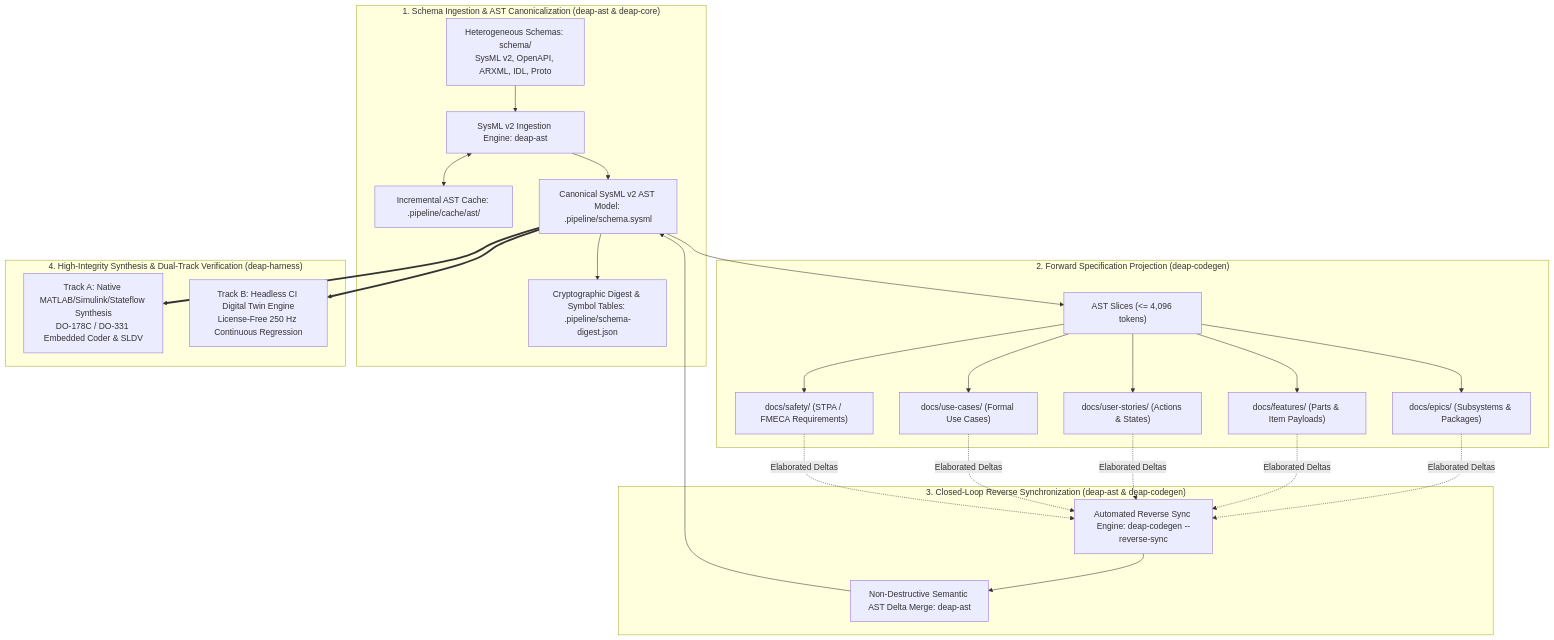
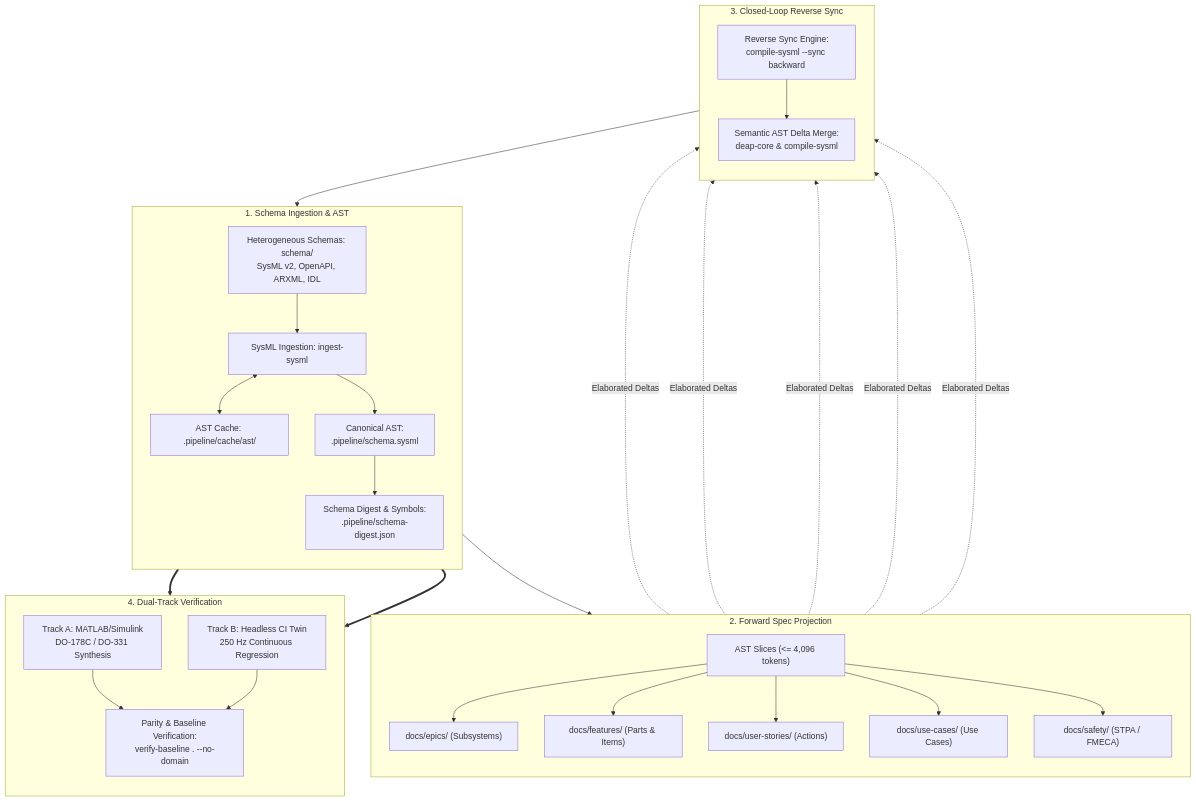
The first of 2 diagrams in docs/architecture/blueprints/SYSML_SSOT_BIDIRECTIONAL_SYNCHRONIZATION_ARCHITECTURE.md (gintatkinson/DEAP01-spec-core), drawn with Mermaid before and after one commit. The commit also changed other lines of this file and 28 other files, not shown here.

Commit message:
feat(verify-baseline,deap-core,compile-sysml): implement Option C blueprint capabilities and Check 37 blueprint grounding gate

````diff
--- a/docs/architecture/blueprints/SYSML_SSOT_BIDIRECTIONAL_SYNCHRONIZATION_ARCHITECTURE.md
+++ b/docs/architecture/blueprints/SYSML_SSOT_BIDIRECTIONAL_SYNCHRONIZATION_ARCHITECTURE.md
@@ -31,53 +31,60 @@
 ```mermaid
 flowchart TD
-    subgraph Ingestion["1. Schema Ingestion & AST Canonicalization (deap-ast & deap-core)"]
-        HET_SCHEMA["Heterogeneous Schemas: schema/\nSysML v2, OpenAPI, ARXML, IDL, Proto"]
-        INGEST_ENG["SysML v2 Ingestion Engine: deap-ast"]
-        CACHE["Incremental AST Cache: .pipeline/cache/ast/"]
-        SYSML_AST["Canonical SysML v2 AST Model: .pipeline/schema.sysml"]
-        DIGEST["Cryptographic Digest & Symbol Tables: .pipeline/schema-digest.json"]
+    subgraph Ingestion["1. Schema Ingestion & AST"]
+        direction TB
+        HET_SCHEMA["Heterogeneous Schemas: schema/<br/>SysML v2, OpenAPI, ARXML, IDL"]
+        INGEST_ENG["SysML Ingestion: ingest-sysml"]
+        CACHE["AST Cache: .pipeline/cache/ast/"]
+        SYSML_AST["Canonical AST:<br/>.pipeline/schema.sysml"]
+        DIGEST["Schema Digest & Symbols:<br/>.pipeline/schema-digest.json"]
     end
 
-    subgraph Downstream["2. Forward Specification Projection (deap-codegen)"]
+    subgraph Downstream["2. Forward Spec Projection"]
+        direction TB
         SLICES["AST Slices (<= 4,096 tokens)"]
-        EPICS["docs/epics/ (Subsystems & Packages)"]
-        FEATS["docs/features/ (Parts & Item Payloads)"]
-        STORIES["docs/user-stories/ (Actions & States)"]
-        USECASES["docs/use-cases/ (Formal Use Cases)"]
-        SAFETY["docs/safety/ (STPA / FMECA Requirements)"]
+        EPICS["docs/epics/ (Subsystems)"]
+        FEATS["docs/features/ (Parts & Items)"]
+        STORIES["docs/user-stories/ (Actions)"]
+        USECASES["docs/use-cases/ (Use Cases)"]
+        SAFETY["docs/safety/ (STPA / FMECA)"]
     end
 
-    subgraph ReverseSync["3. Closed-Loop Reverse Synchronization (deap-ast & deap-codegen)"]
-        REVERSE_ENG["Automated Reverse Sync Engine: deap-codegen --reverse-sync"]
-        DELTA_MERGE["Non-Destructive Semantic AST Delta Merge: deap-ast"]
+    subgraph ReverseSync["3. Closed-Loop Reverse Sync"]
+        direction TB
+        REVERSE_ENG["Reverse Sync Engine:<br/>compile-sysml --sync backward"]
+        DELTA_MERGE["Semantic AST Delta Merge:<br/>deap-core & compile-sysml"]
     end
 
-    subgraph DualTrack["4. High-Integrity Synthesis & Dual-Track Verification (deap-harness)"]
-        TRACK_A["Track A: Native MATLAB/Simulink/Stateflow Synthesis\nDO-178C / DO-331 Embedded Coder & SLDV"]
-        TRACK_B["Track B: Headless CI Digital Twin Engine\nLicense-Free 250 Hz Continuous Regression"]
+    subgraph DualTrack["4. Dual-Track Verification"]
+        direction TB
+        TRACK_A["Track A: MATLAB/Simulink<br/>DO-178C / DO-331 Synthesis"]
+        TRACK_B["Track B: Headless CI Twin<br/>250 Hz Continuous Regression"]
+        VERIFY_GATE["Parity & Baseline Verification:<br/>verify-baseline . --no-domain"]
     end
 
     HET_SCHEMA --> INGEST_ENG
     INGEST_ENG <--> CACHE
     INGEST_ENG --> SYSML_AST
     SYSML_AST --> DIGEST
 
     SYSML_AST --> SLICES
     SLICES --> EPICS
     SLICES --> FEATS
     SLICES --> STORIES
     SLICES --> USECASES
     SLICES --> SAFETY
 
     EPICS -.->|"Elaborated Deltas"| REVERSE_ENG
     FEATS -.->|"Elaborated Deltas"| REVERSE_ENG
     STORIES -.->|"Elaborated Deltas"| REVERSE_ENG
     USECASES -.->|"Elaborated Deltas"| REVERSE_ENG
     SAFETY -.->|"Elaborated Deltas"| REVERSE_ENG
 
     REVERSE_ENG --> DELTA_MERGE
     DELTA_MERGE --> SYSML_AST
 
     SYSML_AST ==> TRACK_A
     SYSML_AST ==> TRACK_B
+    TRACK_A --> VERIFY_GATE
+    TRACK_B --> VERIFY_GATE
 ```
````
